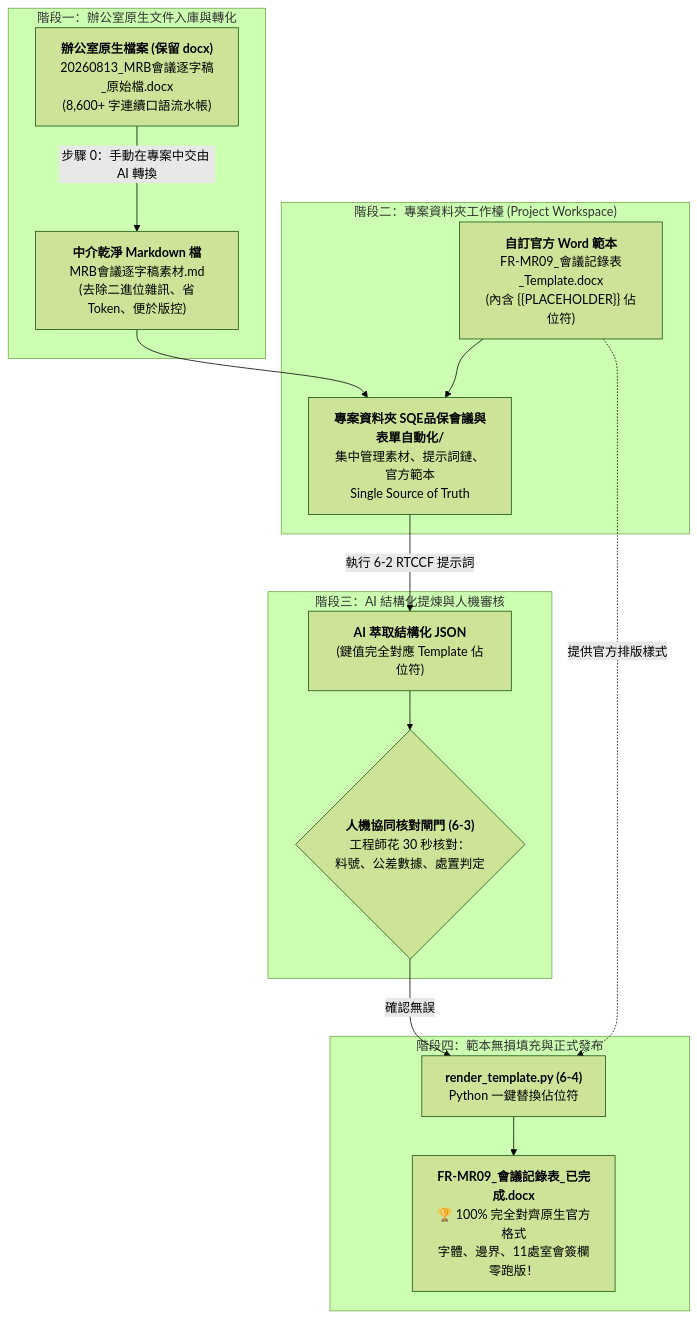
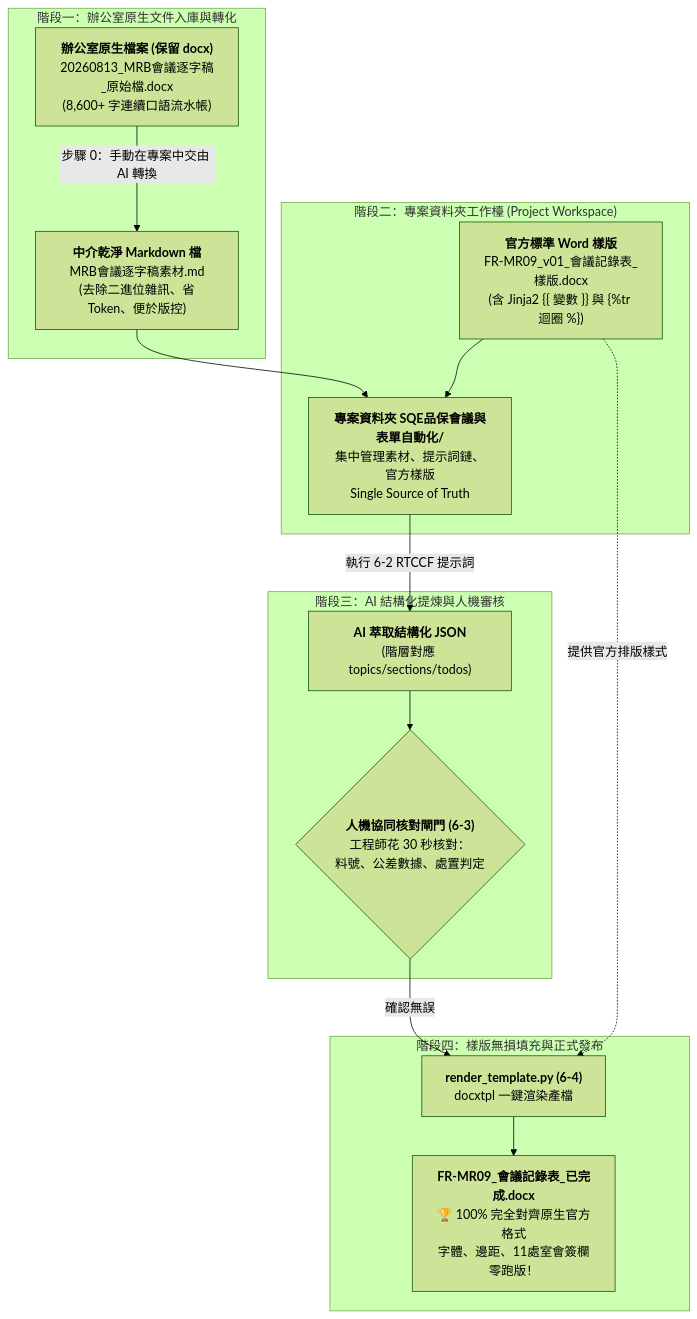
Before and after one commit to roberthsu2003/workflow-productivity: the diagram in 常見的AI應用/實戰範例/SQE品保會議與表單自動化/README.md, drawn with Mermaid (forest theme). The commit also changed other lines of this file and 8 other files, not shown here.

````diff
--- a/常見的AI應用/實戰範例/SQE品保會議與表單自動化/README.md
+++ b/常見的AI應用/實戰範例/SQE品保會議與表單自動化/README.md
@@ -22,23 +22,23 @@
 ```mermaid
 flowchart TD
     subgraph Phase1 ["階段一：辦公室原生文件入庫與轉化"]
         RawDocx["<b>辦公室原生檔案 (保留 docx)</b><br/>20260813_MRB會議逐字稿_原始檔.docx<br/>(8,600+ 字連續口語流水帳)"]
         -->|步驟 0：手動在專案中交由 AI 轉換| CleanMD["<b>中介乾淨 Markdown 檔</b><br/>MRB會議逐字稿素材.md<br/>(去除二進位雜訊、省Token、便於版控)"]
     end
 
     subgraph Phase2 ["階段二：專案資料夾工作檯 (Project Workspace)"]
-        CleanMD --> ProjectFolder["<b>專案資料夾 SQE品保會議與表單自動化/</b><br/>集中管理素材、提示詞鏈、官方範本<br/>Single Source of Truth"]
-        TplDocx["<b>自訂官方 Word 範本</b><br/>FR-MR09_會議記錄表_Template.docx<br/>(內含 {{PLACEHOLDER}} 佔位符)"] --> ProjectFolder
+        CleanMD --> ProjectFolder["<b>專案資料夾 SQE品保會議與表單自動化/</b><br/>集中管理素材、提示詞鏈、官方樣版<br/>Single Source of Truth"]
+        TplDocx["<b>官方標準 Word 樣版</b><br/>FR-MR09_v01_會議記錄表_樣版.docx<br/>(含 Jinja2 {{ 變數 }} 與 {%tr 迴圈 %})"] --> ProjectFolder
     end
 
     subgraph Phase3 ["階段三：AI 結構化提煉與人機審核"]
-        ProjectFolder -->|執行 6-2 RTCCF 提示詞| AI_JSON["<b>AI 萃取結構化 JSON</b><br/>(鍵值完全對應 Template 佔位符)"]
+        ProjectFolder -->|執行 6-2 RTCCF 提示詞| AI_JSON["<b>AI 萃取結構化 JSON</b><br/>(階層對應 topics/sections/todos)"]
         AI_JSON --> HumanCheck{"<b>人機協同核對閘門 (6-3)</b><br/>工程師花 30 秒核對：<br/>料號、公差數據、處置判定"}
     end
 
-    subgraph Phase4 ["階段四：範本無損填充與正式發布"]
-        HumanCheck -->|確認無誤| RenderScript["<b>render_template.py (6-4)</b><br/>Python 一鍵替換佔位符"]
+    subgraph Phase4 ["階段四：樣版無損填充與正式發布"]
+        HumanCheck -->|確認無誤| RenderScript["<b>render_template.py (6-4)</b><br/>docxtpl 一鍵渲染產檔"]
         TplDocx -.提供官方排版樣式.-> RenderScript
-        RenderScript --> FinalDocx["<b>FR-MR09_會議記錄表_已完成.docx</b><br/>🏆 100% 完全對齊原生官方格式<br/>字體、邊界、11處室會簽欄零跑版！"]
+        RenderScript --> FinalDocx["<b>FR-MR09_會議記錄表_已完成.docx</b><br/>🏆 100% 完全對齊原生官方格式<br/>字體、邊距、11處室會簽欄零跑版！"]
     end
 ```
````
